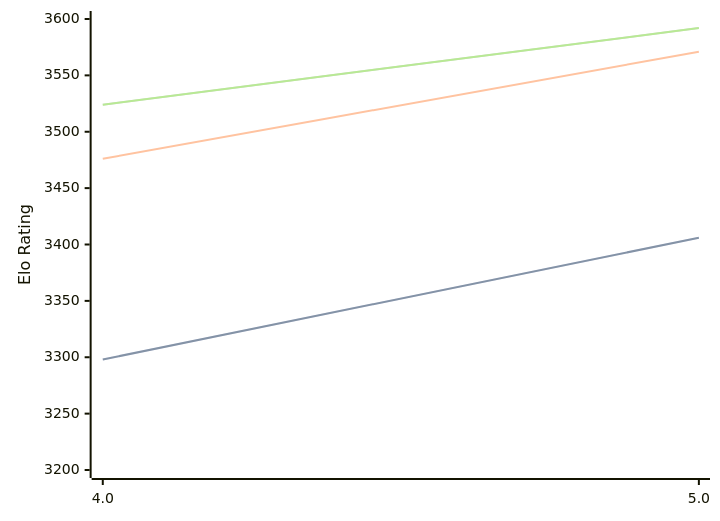
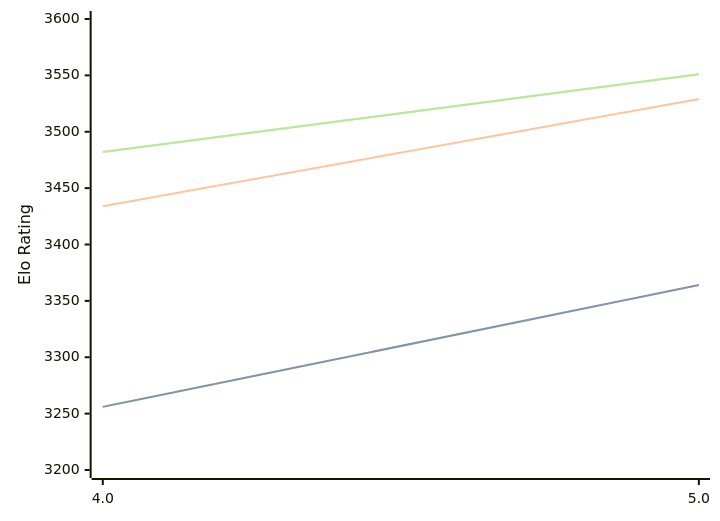
Before and after one commit to computer-chess-index/cci: the diagram in engines/Tarnished.md, drawn with Mermaid. The commit also changed other lines of this file, not shown here.

Commit message:
Update CCI Ratings (ELO VLTC) - 2026-05-19

````diff
--- a/engines/Tarnished.md
+++ b/engines/Tarnished.md
@@ -36,11 +36,11 @@
 ```mermaid
 %%{init: {"theme":"base","themeVariables":{"seriesColors:['#a3a3a3','#222221','#faa371']}}}%%
 xychart-beta
   x-axis ["4.0", "5.0"]
   y-axis "Elo Rating" 3200 --> 3600
-  line "STC (8.0+0.08s)" [3298, 3406]
-  line "STC (8.0+0.08s)" [3298, 3406]
-  line "LTC (60.0+0.60s)" [3476, 3571]
-  line "VLTC (2m24s+1.12s)" [3524, 3592]
-  line "VLTC (2m24s+1.12s)" [3524, 3592]
+  line "STC (8.0+0.08s)" [3256, 3364]
+  line "STC (8.0+0.08s)" [3256, 3364]
+  line "LTC (60.0+0.60s)" [3434, 3529]
+  line "VLTC (2m24s+1.12s)" [3482, 3551]
+  line "VLTC (2m24s+1.12s)" [3482, 3551]
 ```
````
